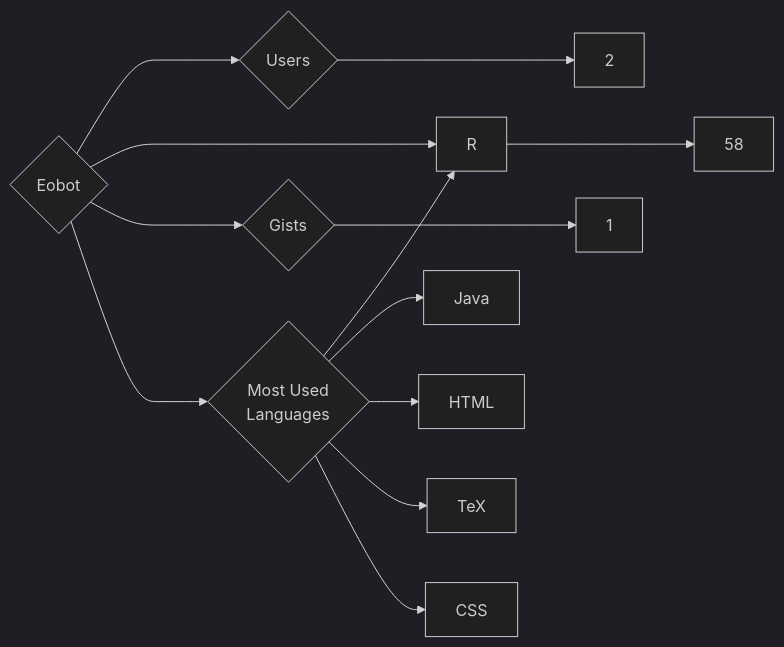
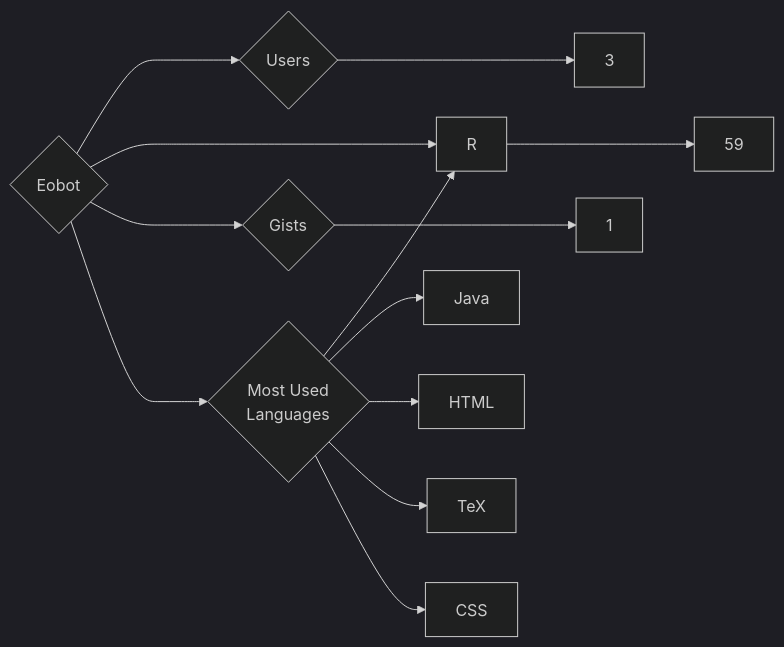
Before and after one commit to trickest/insiders: the diagram in targets/Eobot/README.md, drawn with Mermaid (dark theme). The commit also changed 1170 other files, not shown here.

````diff
--- a/targets/Eobot/README.md
+++ b/targets/Eobot/README.md
@@ -3,13 +3,13 @@
 ```mermaid
 graph LR
 COMPANY_NAME{Eobot}
-COMPANY_NAME ---> U{Users} ---> UN[2]
-COMPANY_NAME ---> R{Repositories} ---> RN[58]
+COMPANY_NAME ---> U{Users} ---> UN[3]
+COMPANY_NAME ---> R{Repositories} ---> RN[59]
 COMPANY_NAME ---> G{Gists} ---> GN[1]
 COMPANY_NAME ---> ML{Most Used<br>Languages}
 ML --> R[R]
 ML --> Java[Java]
 ML --> HTML[HTML]
 ML --> TeX[TeX]
 ML --> CSS[CSS]
 ```
````
